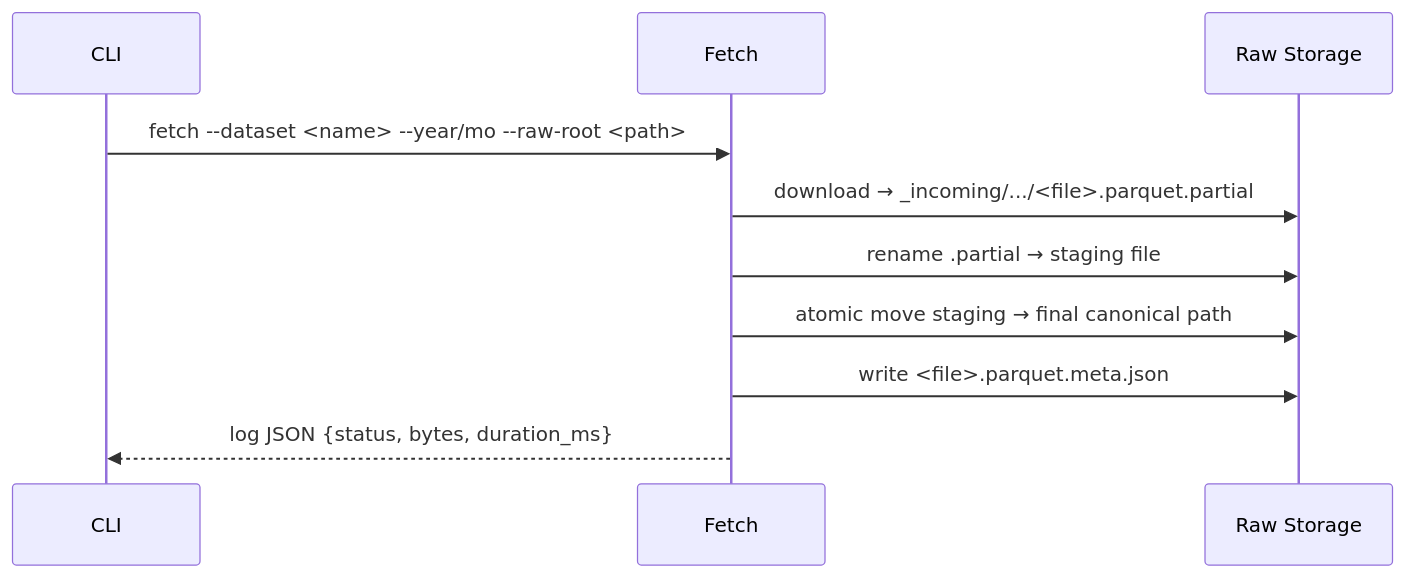
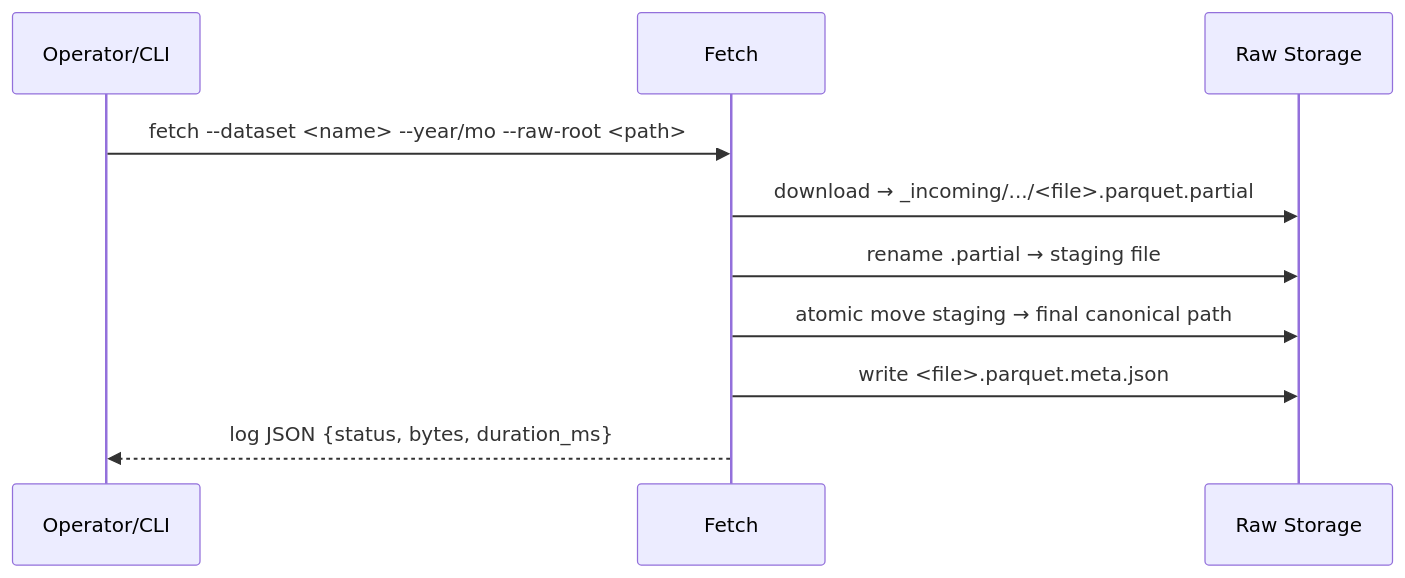
The second of 3 diagrams in docs/architecture.md (dataopskenn/DGAP), drawn with Mermaid before and after one commit. The commit also changed 5 other files, not shown here.

Commit message:
Fill documentation gaps: runbook, security, schema, logging examples

````diff
--- a/docs/architecture.md
+++ b/docs/architecture.md
@@ -30,12 +30,12 @@
 ```mermaid
 sequenceDiagram
-  participant Me as CLI
+  participant Operator as Operator/CLI
   participant F as Fetch
   participant FS as Raw Storage
-  Me->>F: fetch --dataset <name> --year/mo --raw-root <path>
+  Operator->>F: fetch --dataset <name> --year/mo --raw-root <path>
   F->>FS: download → _incoming/.../<file>.parquet.partial
   F->>FS: rename .partial → staging file
   F->>FS: atomic move staging → final canonical path
   F->>FS: write <file>.parquet.meta.json
-  F-->>Me: log JSON {status, bytes, duration_ms}
+  F-->>Operator: log JSON {status, bytes, duration_ms}
 ```
````
